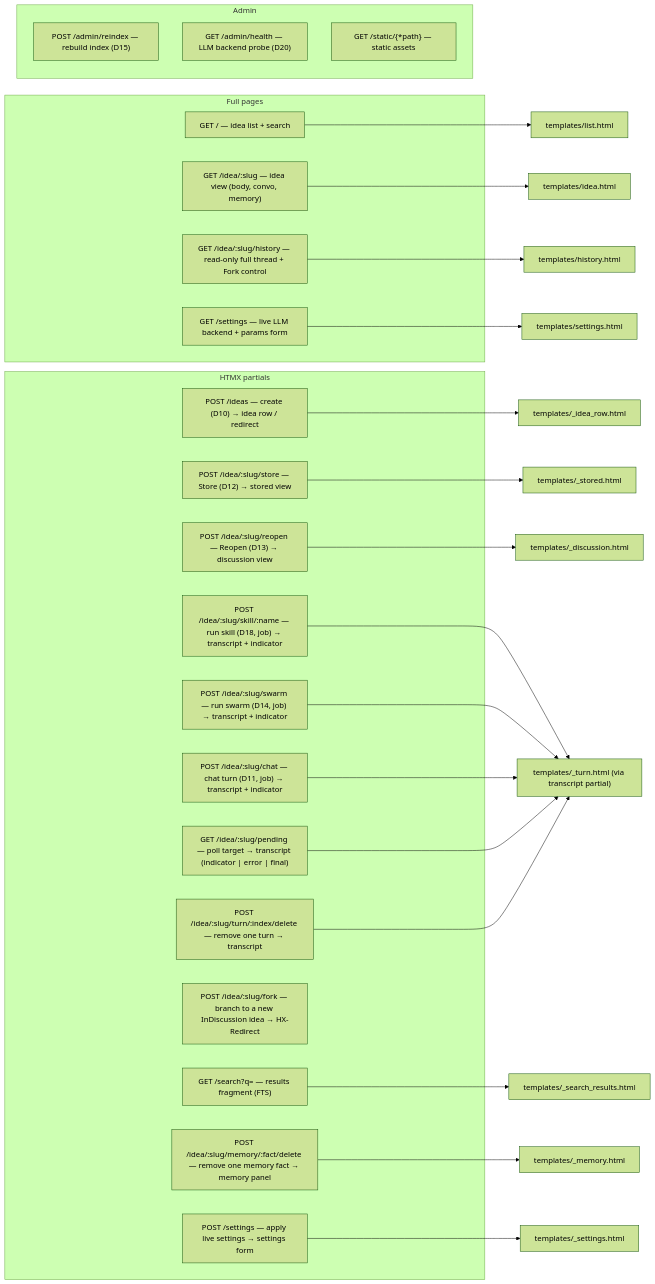
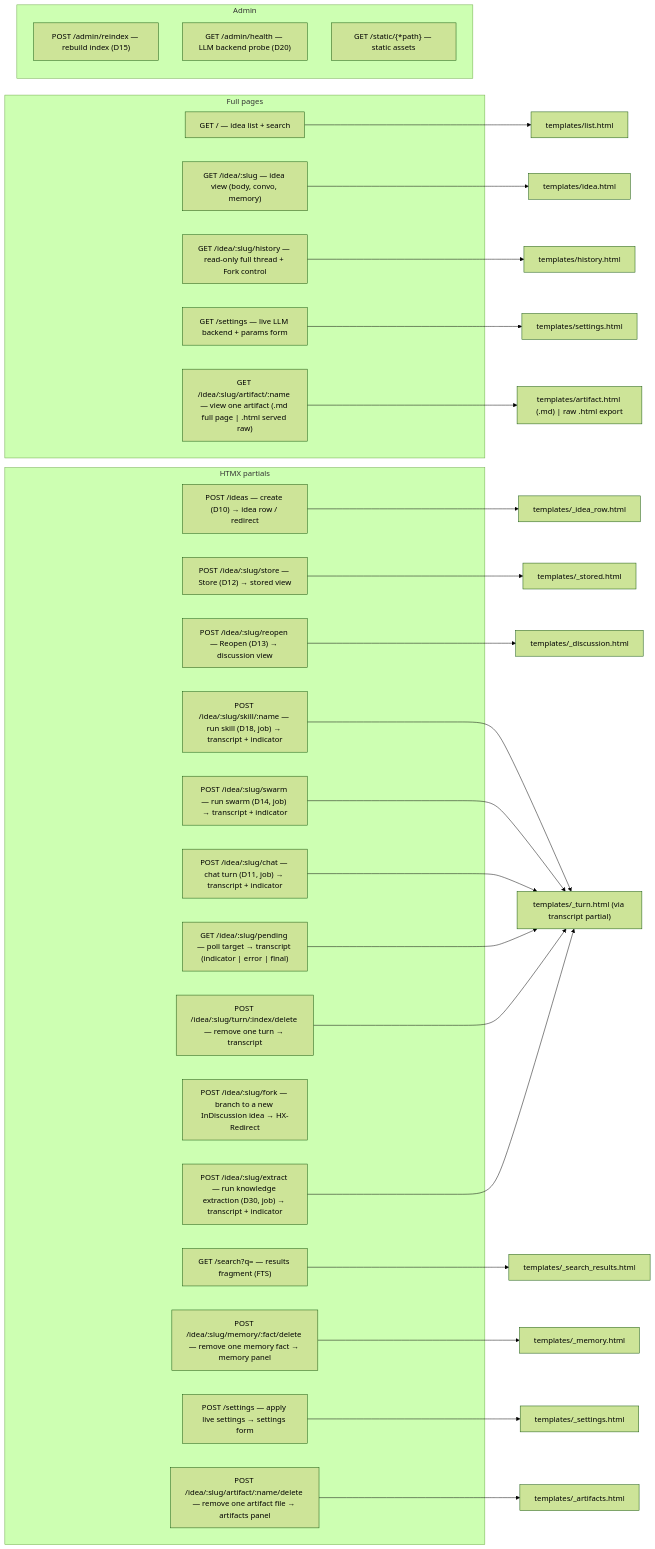
Before and after one commit to jasdian/idea-vault: the first of 2 diagrams in docs/09-web-ui.md, drawn with Mermaid (forest theme). The commit also changed other lines of this file and 35 other files, not shown here.

````diff
--- a/docs/09-web-ui.md
+++ b/docs/09-web-ui.md
@@ -28,44 +28,50 @@
 ```mermaid
 flowchart LR
     subgraph pages["Full pages"]
         R1["GET / — idea list + search"]
         R2["GET /idea/:slug — idea view (body, convo, memory)"]
         R12["GET /idea/:slug/history — read-only full thread + Fork control"]
         R13["GET /settings — live LLM backend + params form"]
+        R19["GET /idea/:slug/artifact/:name — view one artifact (.md full page | .html served raw)"]
     end
     subgraph partials["HTMX partials"]
         R3["POST /ideas — create (D10) → idea row / redirect"]
         R4["POST /idea/:slug/store — Store (D12) → stored view"]
         R5["POST /idea/:slug/reopen — Reopen (D13) → discussion view"]
         R6["POST /idea/:slug/skill/:name — run skill (D18, job) → transcript + indicator"]
         R7["POST /idea/:slug/swarm — run swarm (D14, job) → transcript + indicator"]
         R8["GET /search?q= — results fragment (FTS)"]
         R9["POST /idea/:slug/chat — chat turn (D11, job) → transcript + indicator"]
         R9b["GET /idea/:slug/pending — poll target → transcript (indicator | error | final)"]
         R14["POST /idea/:slug/fork — branch to a new InDiscussion idea → HX-Redirect"]
         R15["POST /idea/:slug/turn/:index/delete — remove one turn → transcript"]
         R16["POST /idea/:slug/memory/:fact/delete — remove one memory fact → memory panel"]
         R13b["POST /settings — apply live settings → settings form"]
+        R18["POST /idea/:slug/extract — run knowledge extraction (D30, job) → transcript + indicator"]
+        R20["POST /idea/:slug/artifact/:name/delete — remove one artifact file → artifacts panel"]
     end
     subgraph admin["Admin"]
         R10["POST /admin/reindex — rebuild index (D15)"]
         R11["GET /admin/health — LLM backend probe (D20)"]
         R17["GET /static/{*path} — static assets"]
     end
 
     R1 --> T_LIST["templates/list.html"]
     R2 --> T_IDEA["templates/idea.html"]
     R3 --> T_ROW["templates/_idea_row.html"]
     R4 --> T_STORED["templates/_stored.html"]
     R5 --> T_DISC["templates/_discussion.html"]
     R6 --> T_TURN["templates/_turn.html (via transcript partial)"]
     R7 --> T_TURN
     R8 --> T_RESULTS["templates/_search_results.html"]
     R9 --> T_TURN
     R9b --> T_TURN
     R12 --> T_HIST["templates/history.html"]
     R13 --> T_SET["templates/settings.html"]
     R13b --> T_SETF["templates/_settings.html"]
     R15 --> T_TURN
     R16 --> T_MEM["templates/_memory.html"]
+    R18 --> T_TURN
+    R19 --> T_ART["templates/artifact.html (.md) | raw .html export"]
+    R20 --> T_ARTS["templates/_artifacts.html"]
 ```
````
